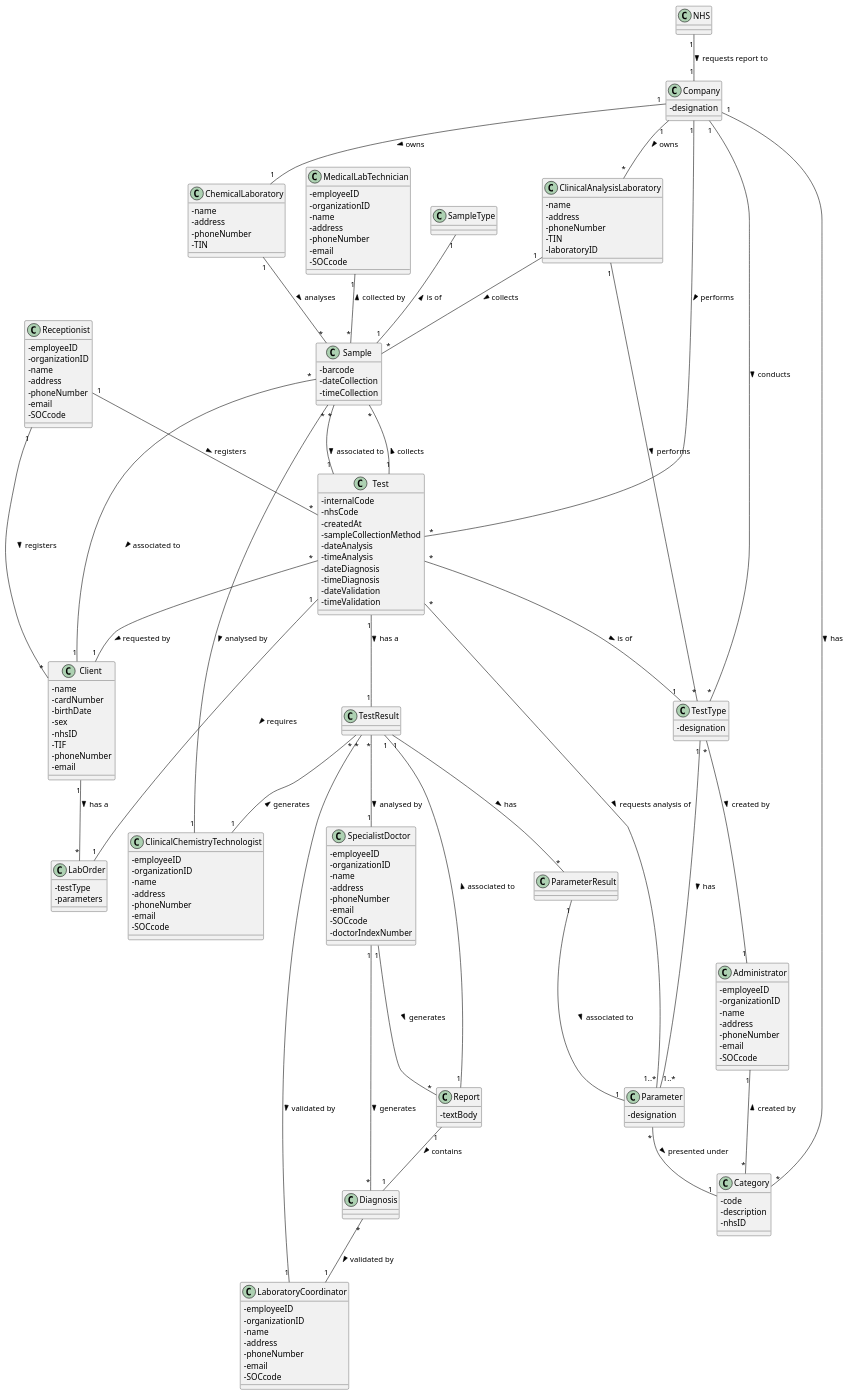
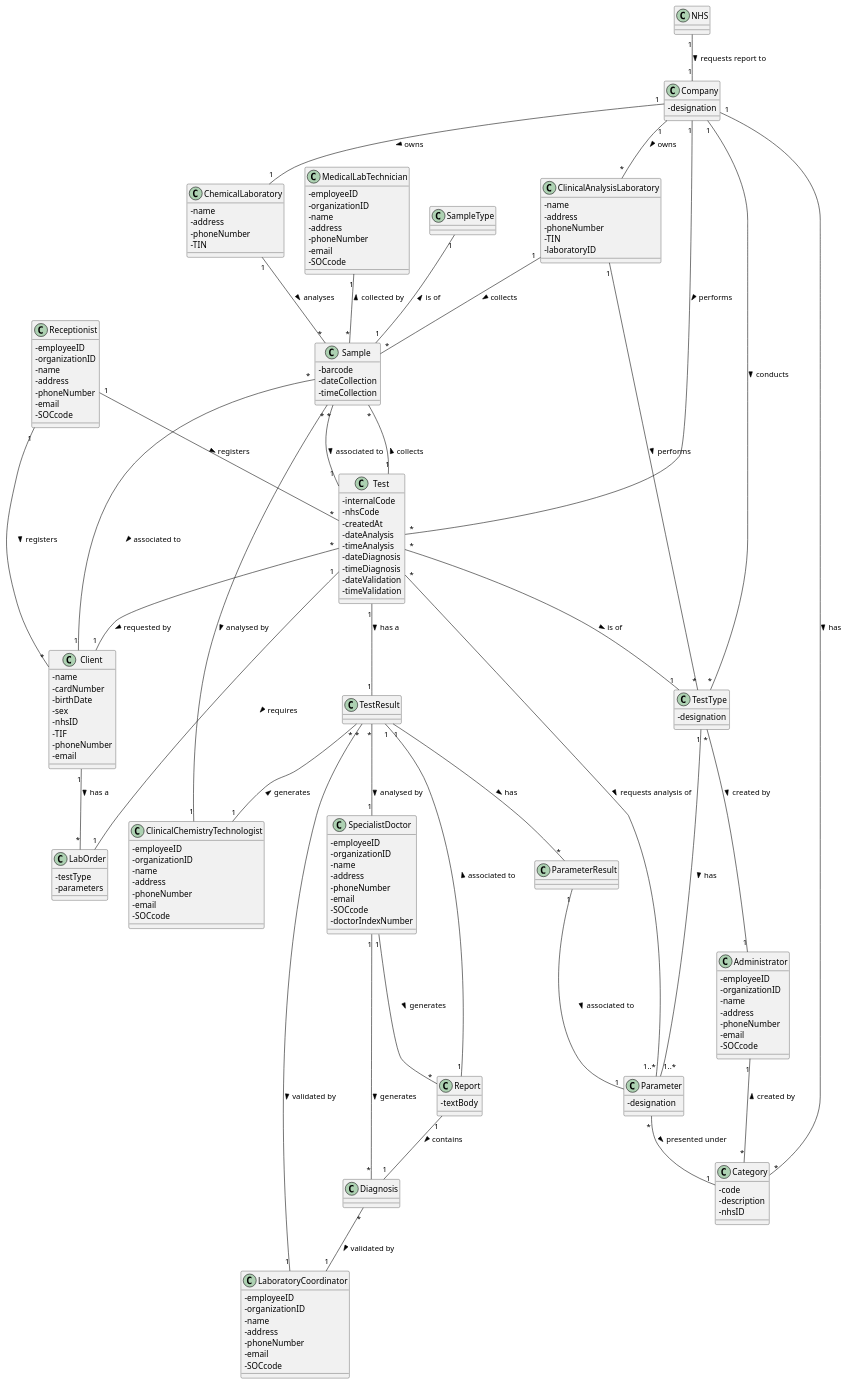
The diagram in docs/SprintA/DM.puml (MadDinosaur/ISEP-LAPR2), drawn with PlantUML before and after one commit. The commit also changed 7 other files, not shown here.

Commit message:
Continued the US9.md file. Changed the domain model and the system sequence diagram.

```diff
--- a/docs/SprintA/DM.puml
+++ b/docs/SprintA/DM.puml
@@ -1,163 +1,162 @@
 @startuml
 skinparam classAttributeIconSize 0
 
 class Administrator {
 -employeeID
 -organizationID
 -name
 -address
 -phoneNumber
 -email
 -SOCcode
 }
 class Category {
 -code
 -description
 -nhsID
 }
 class ChemicalLaboratory {
 -name
 -address
 -phoneNumber
 -TIN
 }
 class Client {
 -name 
 -cardNumber 
 -birthDate 
 -sex 
 -nhsID
 -TIF
 -phoneNumber
 -email
 }
 class ClinicalAnalysisLaboratory {
 -name
 -address
 -phoneNumber
 -TIN
 -laboratoryID
 }
 class ClinicalChemistryTechnologist {
 -employeeID
 -organizationID
 -name
 -address
 -phoneNumber
 -email
 -SOCcode
 }
 class Company {
 -designation
 }
 class Diagnosis
 class LabOrder {
 -testType 
 -parameters 
 }
 class LaboratoryCoordinator {
 -employeeID
 -organizationID
 -name
 -address
 -phoneNumber
 -email
 -SOCcode
 }
 class MedicalLabTechnician {
 -employeeID
 -organizationID
 -name
 -address
 -phoneNumber
 -email
 -SOCcode
 }
 class NHS
 class Receptionist {
 -employeeID
 -organizationID
 -name
 -address
 -phoneNumber
 -email
 -SOCcode
 }
 class Test {
 -internalCode 
 -nhsCode
 -createdAt
--sampleCollectionMethod
 -dateAnalysis
 -timeAnalysis
 -dateDiagnosis
 -timeDiagnosis
 -dateValidation
 -timeValidation
 }
 class Parameter {
 -designation
 }
 class ParameterResult
 class Report {
 -textBody
 }
 class TestResult
 class TestType {
 -designation
 }
 class Sample {
 -barcode
 -dateCollection
 -timeCollection
 }
 class SampleType
 class SpecialistDoctor {
 -employeeID
 -organizationID
 -name
 -address
 -phoneNumber
 -email
 -SOCcode
 -doctorIndexNumber
 }
 
 Administrator "1"--"*" Category : created by <
 ChemicalLaboratory "1"--"*" Sample : analyses >
 Client "1"--"*" LabOrder : has a >
 ClinicalAnalysisLaboratory "1"--"*" Sample : collects >
 ClinicalAnalysisLaboratory "1"--"*" TestType : performs >
 ClinicalChemistryTechnologist "1"--"*" Sample : analysed by <
 Company "1"-down-"*" TestType : conducts >
 Company "1"-down-"*" Category : has >
 Company "1"-down-"*" ClinicalAnalysisLaboratory : owns >
 Company "1"-down-"1" ChemicalLaboratory : owns >
 Diagnosis "*"--"1" LaboratoryCoordinator : validated by >
 Diagnosis "*"--"1" SpecialistDoctor : generates <
 MedicalLabTechnician "1"--"*" Sample : collected by <
 NHS "1"--"1" Company : requests report to >
 Parameter "*"--"1" Category : presented under >
 ParameterResult "1"--"1" Parameter : associated to >
 Receptionist "1"--"*" Client : registers >
 Receptionist "1"--"*" Test : registers >
 Report "1"--"1" Diagnosis : contains >
 Report "1"--"1" TestResult : associated to >
 Sample "*"--"1" Client : associated to >
 Sample "*"--"1" Test : associated to >
 SampleType "1"--"1" Sample  : is of <
 SpecialistDoctor "1"--"*" Report : generates >
 Test "*"--"1" Client : requested by >
 Test "*"-up-"1" Company : performs <
 Test "*"--"1..*" Parameter : requests analysis of >
 Test "1"--"1" LabOrder : requires >
 Test "*"--"1" "TestType" : is of >
 Test "1"--"1" TestResult : has a >
 Test "1"--"*" Sample : collects >
 TestResult "*"--"1" LaboratoryCoordinator : validated by >
 TestResult "*"--"1" SpecialistDoctor : analysed by >
 TestResult "*"--"1" ClinicalChemistryTechnologist : generates <
 TestResult "1"--"*" ParameterResult : has >
 TestType "*"--"1" Administrator : created by >
 TestType "1"--"1..*" Parameter : has >
 @enduml
```
